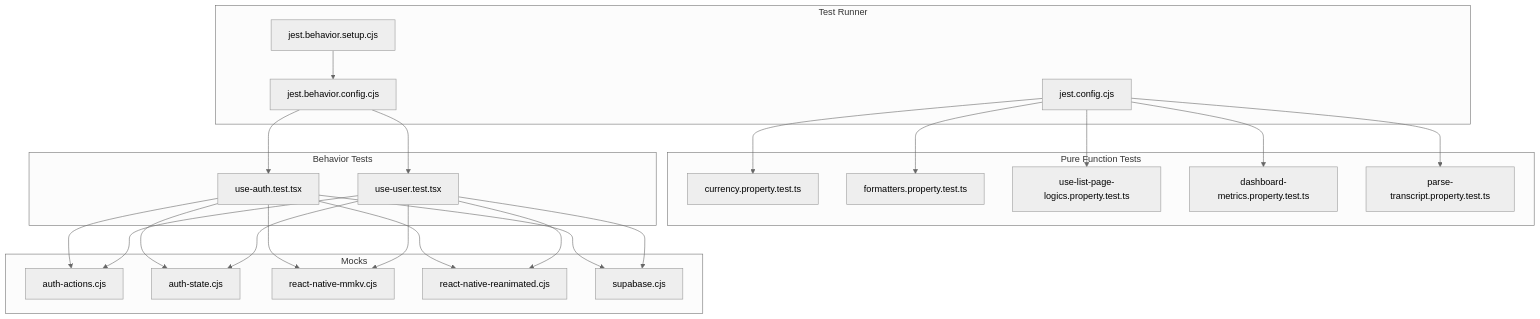
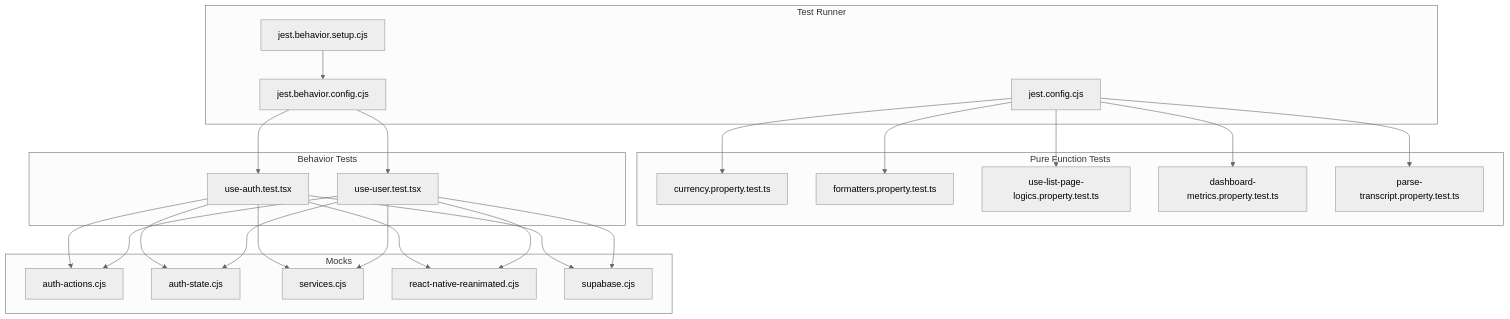
Before and after one commit to karllasouzza/PowerLists: the second of 8 diagrams in .qoder/repowiki/en/content/Testing Strategy.md, drawn with Mermaid (neutral theme). The commit also changed other lines of this file and 5 other files, not shown here.

````diff
--- a/.qoder/repowiki/en/content/Testing Strategy.md
+++ b/.qoder/repowiki/en/content/Testing Strategy.md
@@ -145,44 +160,44 @@
 ```mermaid
 graph TB
 subgraph "Test Runner"
 RC["jest.config.cjs"]
 RB["jest.behavior.config.cjs"]
 RS["jest.behavior.setup.cjs"]
 end
 subgraph "Pure Function Tests"
 PC["currency.property.test.ts"]
 PF["formatters.property.test.ts"]
 PL["use-list-page-logics.property.test.ts"]
 PD["dashboard-metrics.property.test.ts"]
 PV["parse-transcript.property.test.ts"]
 end
 subgraph "Behavior Tests"
 BA["use-auth.test.tsx"]
 BU["use-user.test.tsx"]
 end
 subgraph "Mocks"
 MA["auth-actions.cjs"]
 MS["auth-state.cjs"]
-MR["react-native-mmkv.cjs"]
-ME["react-native-reanimated.cjs"]
+SV["services.cjs"]
+MR["react-native-reanimated.cjs"]
 SU["supabase.cjs"]
 end
 RC --> PC
 RC --> PF
 RC --> PL
 RC --> PD
 RC --> PV
 RB --> BA
 RB --> BU
 RS --> RB
 BA --> MA
 BA --> MS
+BA --> SV
 BA --> MR
-BA --> ME
 BA --> SU
 BU --> MA
 BU --> MS
+BU --> SV
 BU --> MR
-BU --> ME
 BU --> SU
 ```
````
